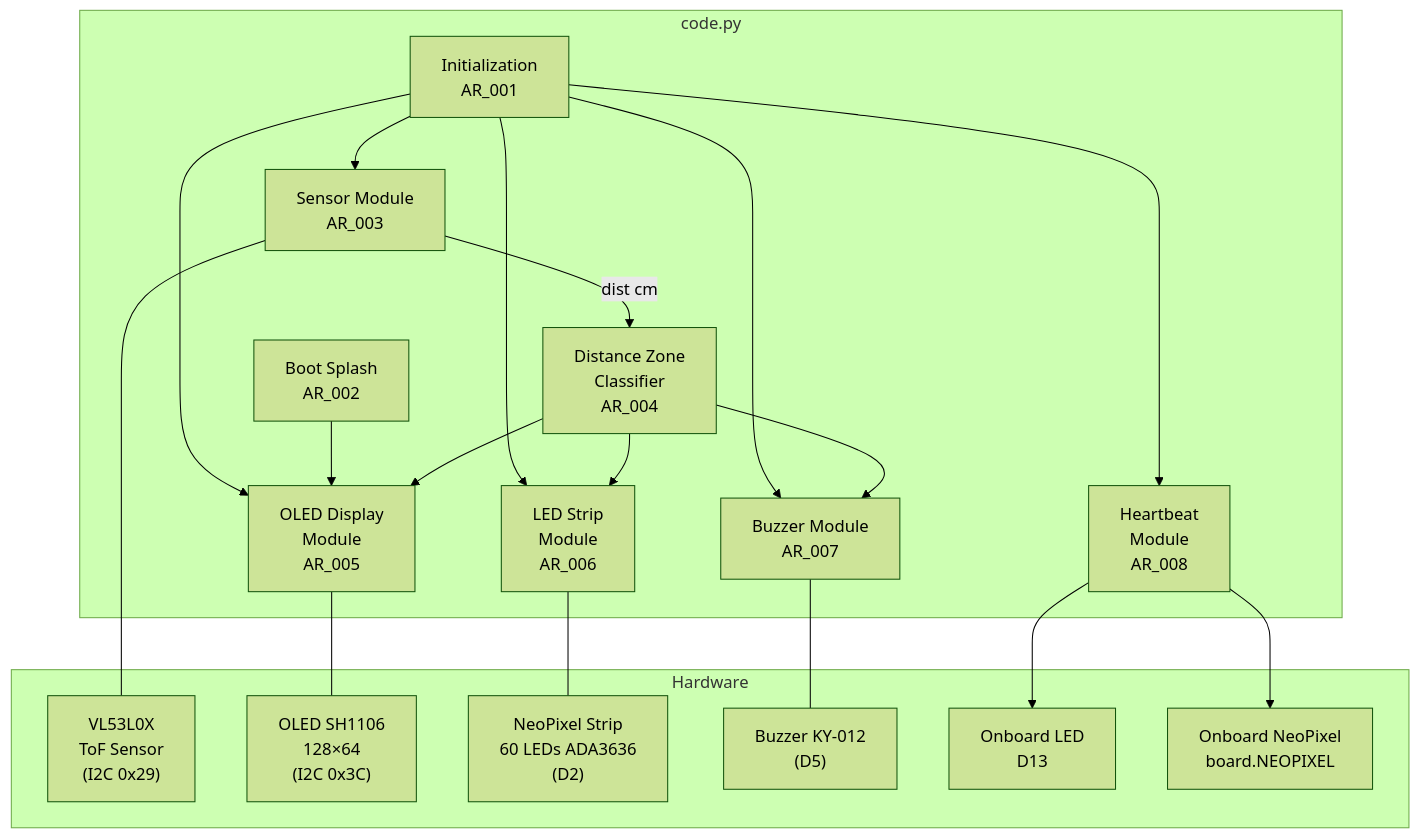
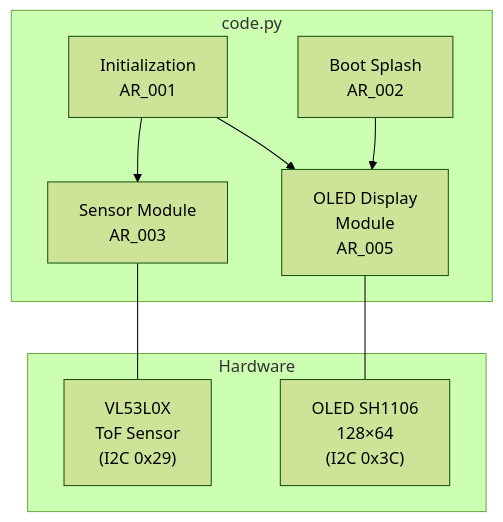
One commit to useblocks/demo_park_assist changed the first of 3 diagrams in docs/architecture.rst. Above: the diagram before and after it, drawn with Mermaid (forest theme). The commit also changed other lines of this file and 9 other files, not shown here.

Commit message:
fix: update schema ID pattern to match snake_case IDs; activate venv in terminal

```diff
--- a/docs/architecture.rst
+++ b/docs/architecture.rst
@@ -11,41 +11,21 @@
 .. mermaid::
 
    graph TD
        subgraph Hardware
            VL53L0X["VL53L0X\nToF Sensor\n(I2C 0x29)"]
            OLED["OLED SH1106\n128×64\n(I2C 0x3C)"]
-           STRIP["NeoPixel Strip\n60 LEDs ADA3636\n(D2)"]
-           BUZZER["Buzzer KY-012\n(D5)"]
-           LED13["Onboard LED\nD13"]
-           NEOPX["Onboard NeoPixel\nboard.NEOPIXEL"]
        end
 
        subgraph code.py
            INIT["Initialization\nAR_001"]
            BOOT["Boot Splash\nAR_002"]
            SENSOR["Sensor Module\nAR_003"]
-           ZONE["Distance Zone\nClassifier\nAR_004"]
            DISPLAY["OLED Display\nModule\nAR_005"]
-           LEDS["LED Strip\nModule\nAR_006"]
-           BUZ["Buzzer Module\nAR_007"]
-           HB["Heartbeat\nModule\nAR_008"]
        end
 
        INIT --> SENSOR
        INIT --> DISPLAY
-       INIT --> LEDS
-       INIT --> BUZ
-       INIT --> HB
        BOOT --> DISPLAY
 
-       SENSOR -->|dist cm| ZONE
-       ZONE --> DISPLAY
-       ZONE --> LEDS
-       ZONE --> BUZ
-
-       HB --> LED13
-       HB --> NEOPX
        SENSOR --- VL53L0X
        DISPLAY --- OLED
-       LEDS --- STRIP
-       BUZ --- BUZZER
```
